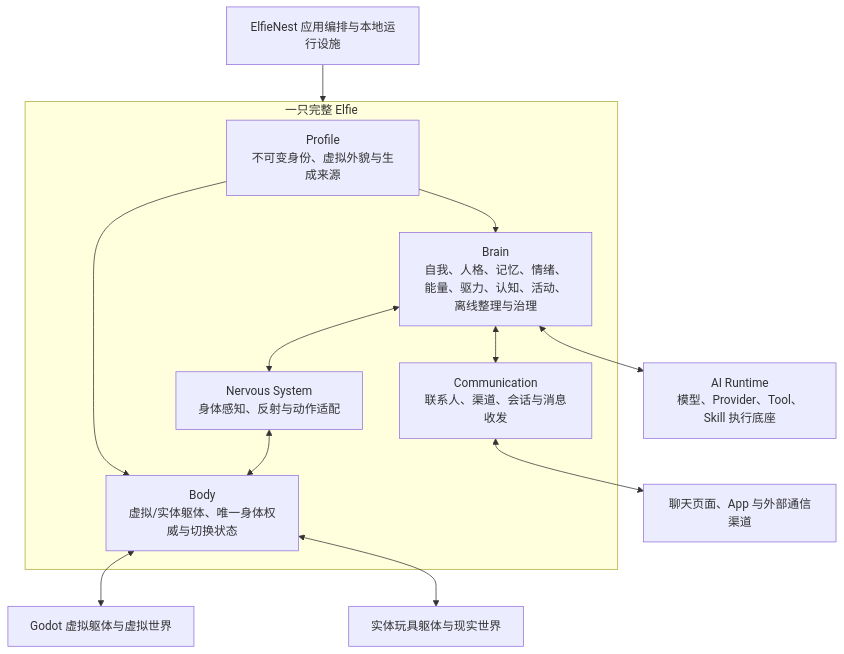
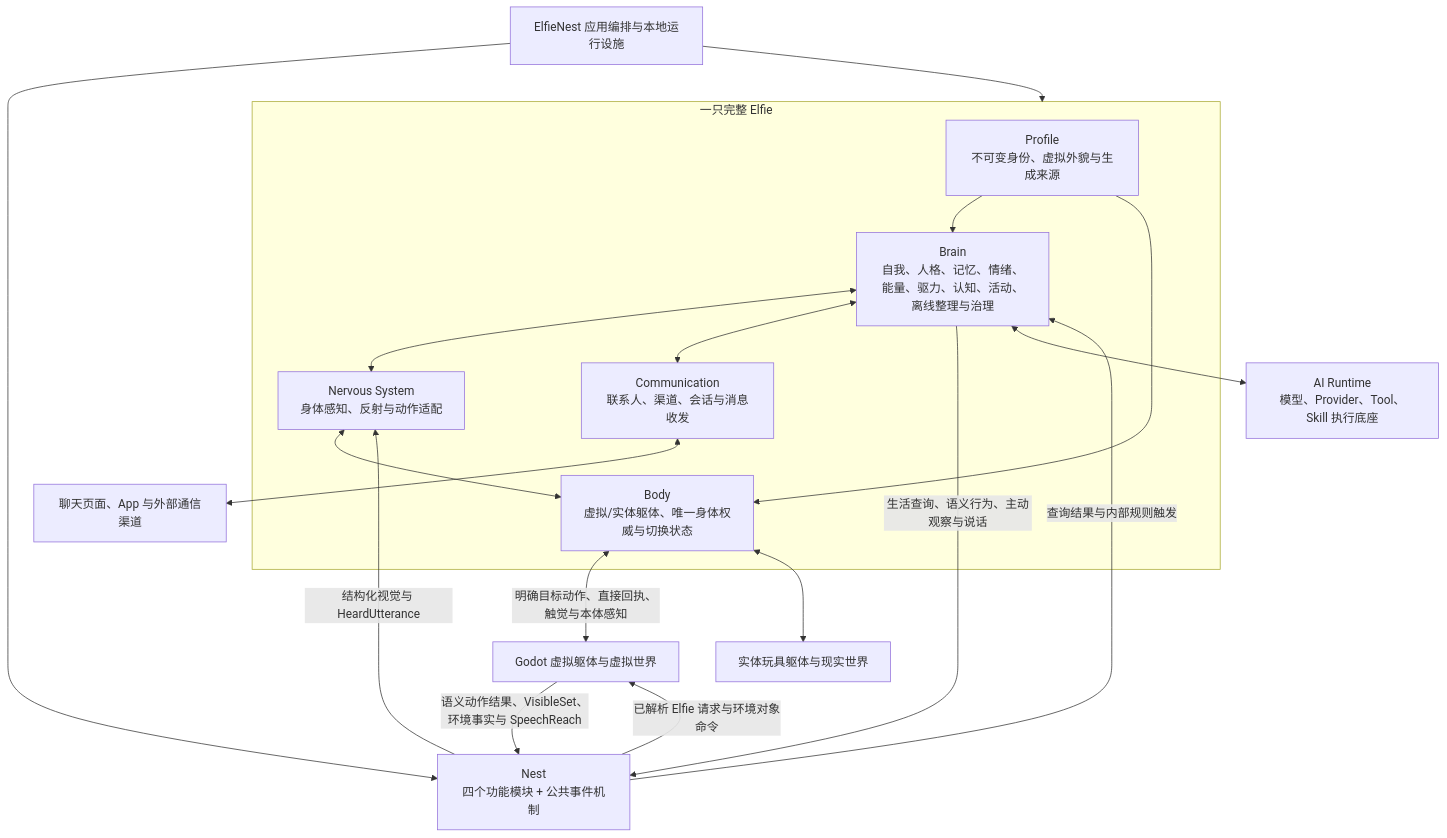
One commit to elfie-univ/ElfieNest changed the third of 3 diagrams in docs/.internal/elfie-overall-story-and-functional-system.md. Above: the diagram before and after it, drawn with Mermaid. The commit also changed other lines of this file and 26 other files, not shown here.

Commit message:
docs(architecture): define Nest Godot semantic world migration

````diff
--- a/docs/.internal/elfie-overall-story-and-functional-system.md
+++ b/docs/.internal/elfie-overall-story-and-functional-system.md
@@ -479,21 +524,28 @@
 ```mermaid
 flowchart TB
     subgraph Elfie["一只完整 Elfie"]
         Profile["Profile<br/>不可变身份、虚拟外貌与生成来源"]
         Brain["Brain<br/>自我、人格、记忆、情绪、能量、驱力、认知、活动、离线整理与治理"]
         Nervous["Nervous System<br/>身体感知、反射与动作适配"]
         Comm["Communication<br/>联系人、渠道、会话与消息收发"]
         Body["Body<br/>虚拟/实体躯体、唯一身体权威与切换状态"]
         Profile --> Brain
         Profile --> Body
         Brain <--> Nervous
         Brain <--> Comm
         Nervous <--> Body
     end
 
-    Body <--> VirtualBody["Godot 虚拟躯体与虚拟世界"]
+    NestCore["Nest<br/>四个功能模块 + 公共事件机制"]
+    Brain -->|"生活查询、语义行为、主动观察与说话"| NestCore
+    NestCore -->|"查询结果与内部规则触发"| Brain
+    NestCore -->|"结构化视觉与 HeardUtterance"| Nervous
+    NestCore -->|"已解析 Elfie 请求与环境对象命令"| VirtualBody["Godot 虚拟躯体与虚拟世界"]
+    VirtualBody -->|"语义动作结果、VisibleSet、环境事实与 SpeechReach"| NestCore
+    Body <-->|"明确目标动作、直接回执、触觉与本体感知"| VirtualBody
     Body <--> PhysicalBody["实体玩具躯体与现实世界"]
     Brain <--> AIRuntime["AI Runtime<br/>模型、Provider、Tool、Skill 执行底座"]
     Comm <--> Channels["聊天页面、App 与外部通信渠道"]
     Host["ElfieNest 应用编排与本地运行设施"] --> Elfie
+    Host --> NestCore
 ```
````
